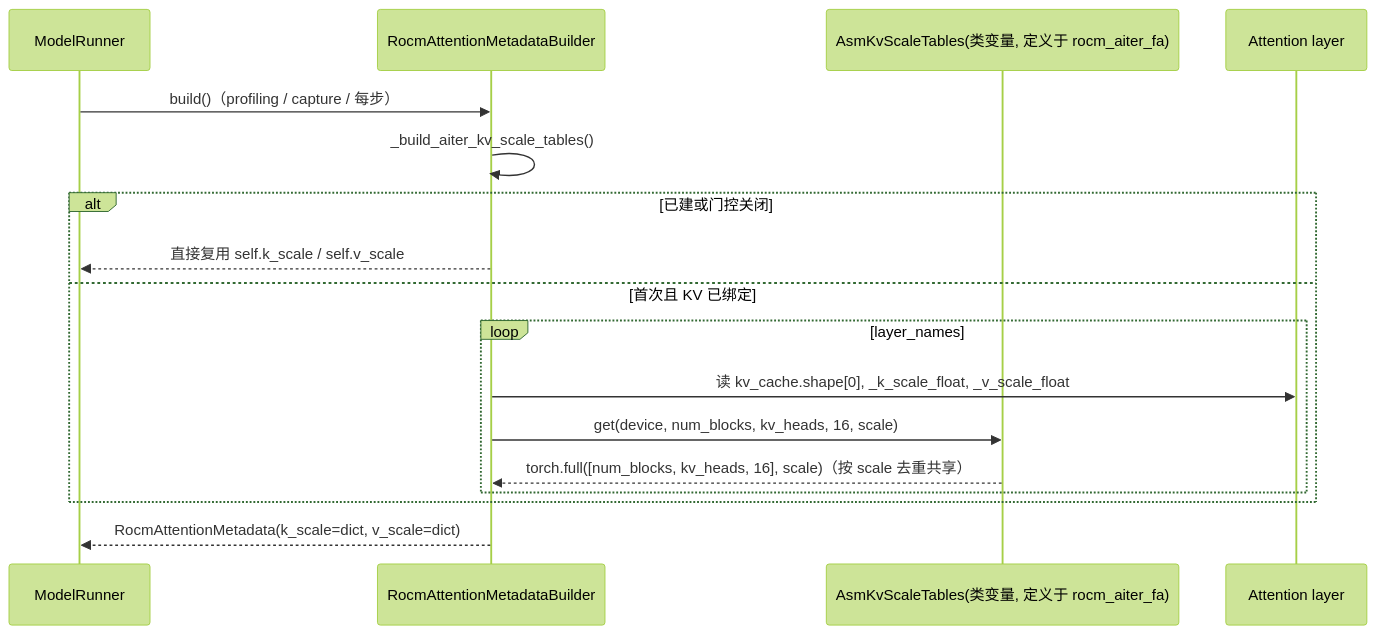
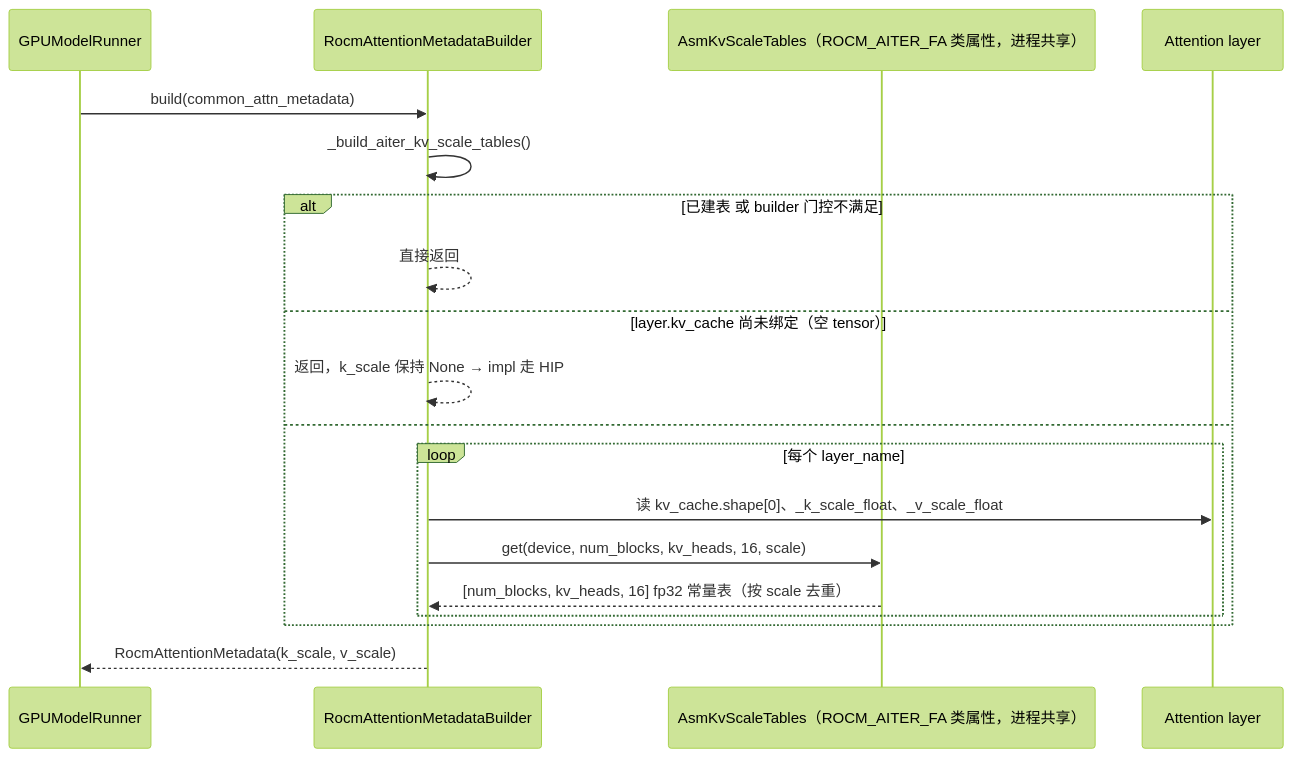
One commit to shen-shanshan/vllm-dev-skills changed the second of 2 diagrams in skills/vllm-rocm-pr-review/outputs/pr-66082-review.md. Above: the diagram before and after it, drawn with Mermaid (forest theme). The commit also changed other lines of this file and 3 other files, not shown here.

````diff
--- a/skills/vllm-rocm-pr-review/outputs/pr-66082-review.md
+++ b/skills/vllm-rocm-pr-review/outputs/pr-66082-review.md
@@ -62,19 +56,21 @@
 ```mermaid
 sequenceDiagram
-    participant R as ModelRunner
+    participant R as GPUModelRunner
     participant B as RocmAttentionMetadataBuilder
-    participant T as AsmKvScaleTables(类变量, 定义于 rocm_aiter_fa)
+    participant T as AsmKvScaleTables（ROCM_AITER_FA 类属性，进程共享）
     participant L as Attention layer
-    R->>B: build()（profiling / capture / 每步）
+    R->>B: build(common_attn_metadata)
     B->>B: _build_aiter_kv_scale_tables()
-    alt 已建或门控关闭
-        B-->>R: 直接复用 self.k_scale / self.v_scale
-    else 首次且 KV 已绑定
-        loop layer_names
-            B->>L: 读 kv_cache.shape[0], _k_scale_float, _v_scale_float
+    alt 已建表 或 builder 门控不满足
+        B-->>B: 直接返回
+    else layer.kv_cache 尚未绑定（空 tensor）
+        B-->>B: 返回，k_scale 保持 None → impl 走 HIP
+    else
+        loop 每个 layer_name
+            B->>L: 读 kv_cache.shape[0]、_k_scale_float、_v_scale_float
             B->>T: get(device, num_blocks, kv_heads, 16, scale)
-            T-->>B: torch.full([num_blocks, kv_heads, 16], scale)（按 scale 去重共享）
+            T-->>B: [num_blocks, kv_heads, 16] fp32 常量表（按 scale 去重）
         end
     end
-    B-->>R: RocmAttentionMetadata(k_scale=dict, v_scale=dict)
+    B-->>R: RocmAttentionMetadata(k_scale, v_scale)
 ```
````
